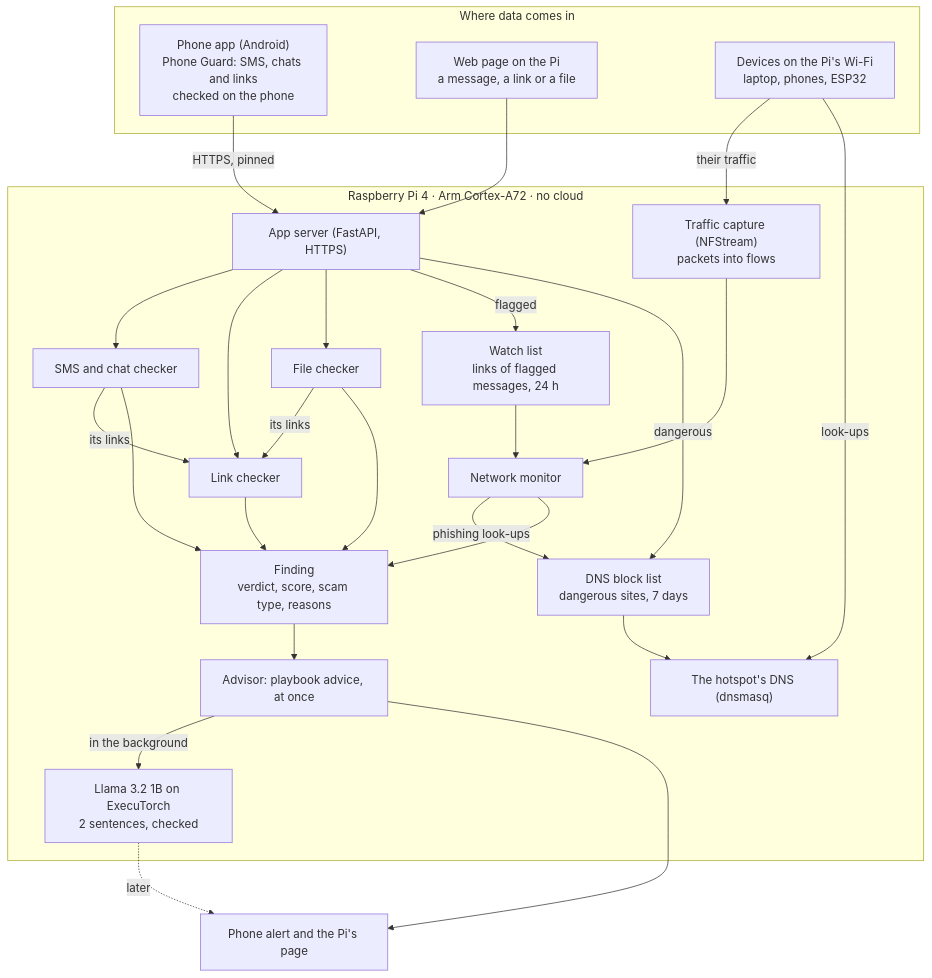
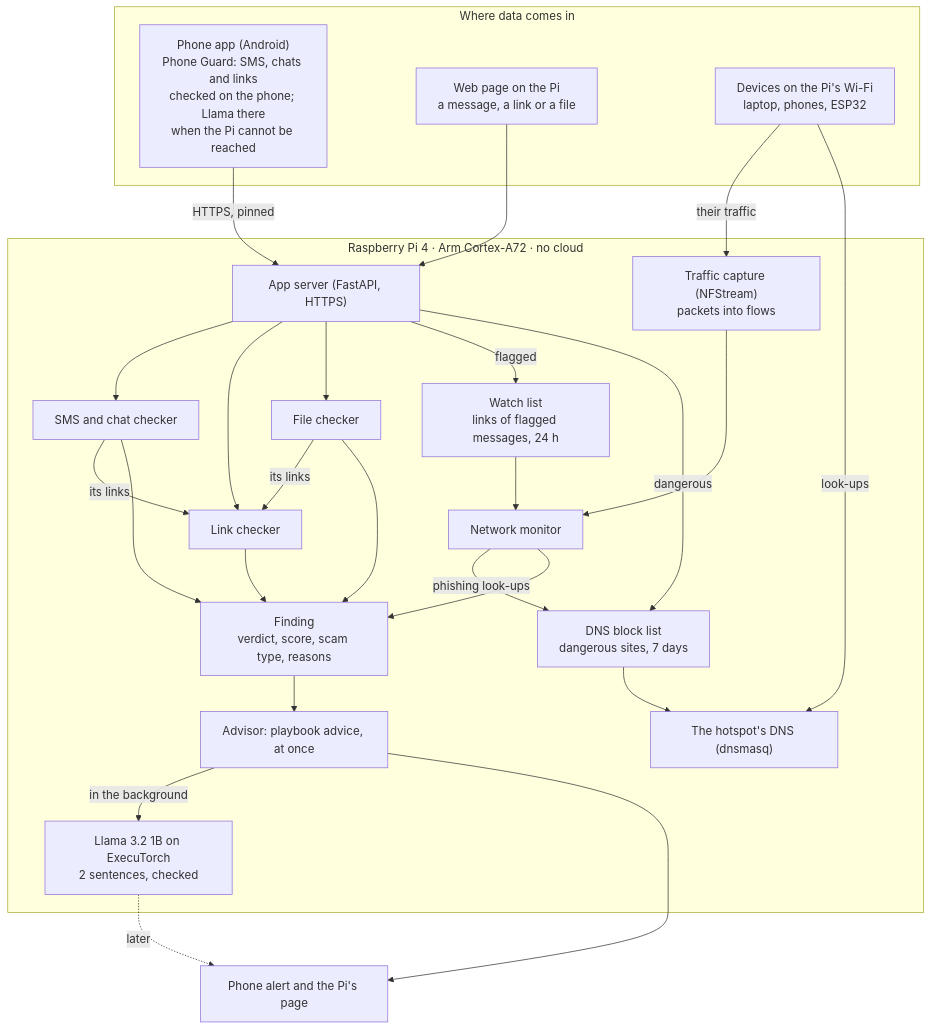
One commit to PiyushSingh0014/ps3-guardian-arm changed the first of 3 diagrams in README.md. Above: the diagram before and after it, drawn with Mermaid. The commit also changed other lines of this file and 26 other files, not shown here.

First line of the commit message:
Llama on the phone: away from the Pi, the phone's alerts are explained by the Pi's own Llama

````diff
--- a/README.md
+++ b/README.md
@@ -82,46 +82,46 @@
 ```mermaid
 flowchart TB
   subgraph IN["Where data comes in"]
-    PH["Phone app (Android)<br/>Phone Guard: SMS, chats and links<br/>checked on the phone"]
+    PH["Phone app (Android)<br/>Phone Guard: SMS, chats and links<br/>checked on the phone; Llama there<br/>when the Pi cannot be reached"]
     PG["Web page on the Pi<br/>a message, a link or a file"]
     DV["Devices on the Pi's Wi-Fi<br/>laptop, phones, ESP32"]
   end
   subgraph PI["Raspberry Pi 4 · Arm Cortex-A72 · no cloud"]
     SRV["App server (FastAPI, HTTPS)"]
     WL["Watch list<br/>links of flagged messages, 24 h"]
     BL["DNS block list<br/>dangerous sites, 7 days"]
     DNS["The hotspot's DNS (dnsmasq)"]
     CAP["Traffic capture (NFStream)<br/>packets into flows"]
     SMS["SMS and chat checker"]
     LNK["Link checker"]
     FIL["File checker"]
     NET["Network monitor"]
     FND["Finding<br/>verdict, score, scam type, reasons"]
     ADV["Advisor: playbook advice, at once"]
     LLM["Llama 3.2 1B on ExecuTorch<br/>2 sentences, checked"]
   end
   OUT["Phone alert and the Pi's page"]
   PH -- "HTTPS, pinned" --> SRV
   PG --> SRV
   DV -- "their traffic" --> CAP
   DV -- "look-ups" --> DNS
   SRV --> SMS
   SRV --> LNK
   SRV --> FIL
   SMS -- "its links" --> LNK
   FIL -- "its links" --> LNK
   SRV -- "flagged" --> WL
   SRV -- "dangerous" --> BL
   NET -- "phishing look-ups" --> BL
   BL --> DNS
   WL --> NET
   CAP --> NET
   SMS --> FND
   LNK --> FND
   FIL --> FND
   NET --> FND
   FND --> ADV
   ADV -- "in the background" --> LLM
   ADV --> OUT
   LLM -. "later" .-> OUT
 ```
````
